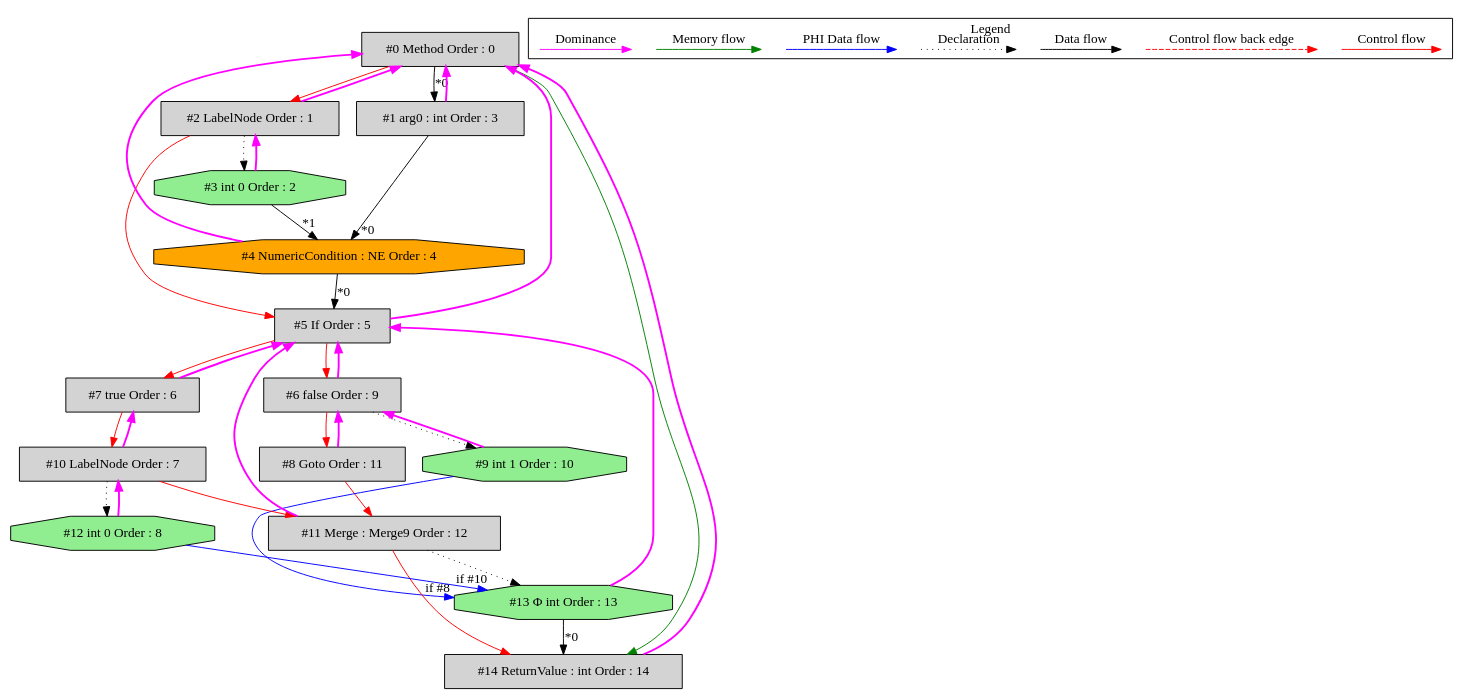
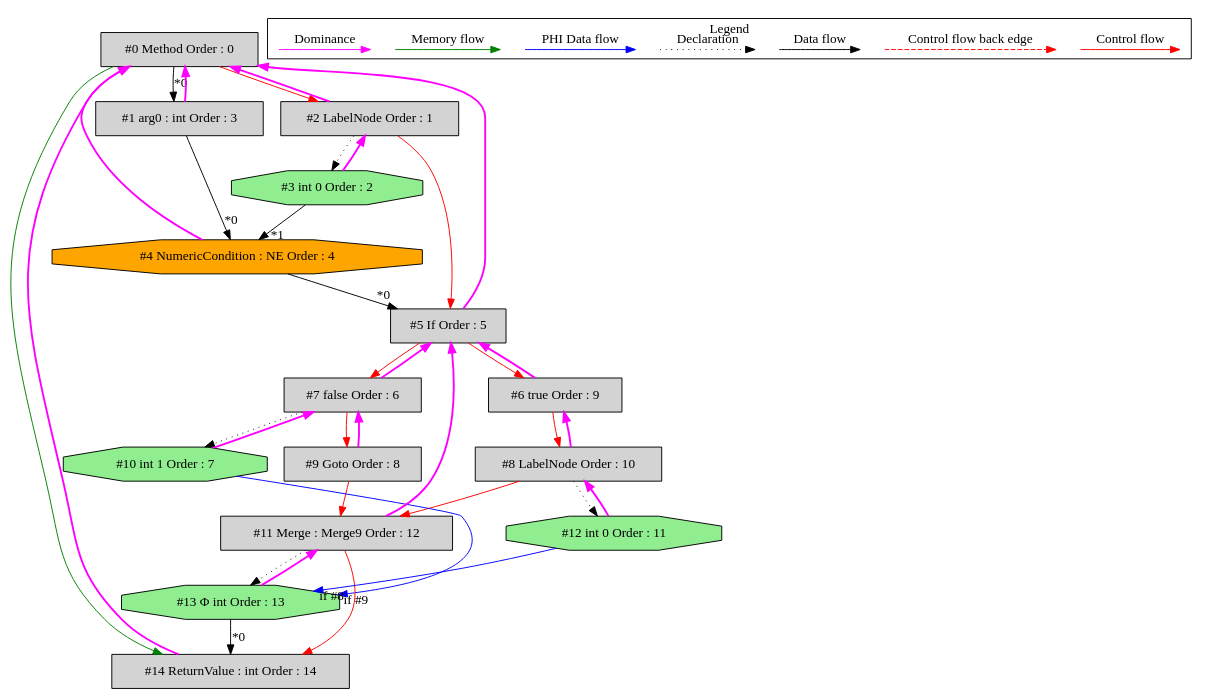
The diagram in de.mirkosertic.metair.ir.examples.MethodInvokeTest/staticReturnBoolean/ir_dominatortree.dot (mirkosertic/MetaIR), drawn with Graphviz before and after one commit. The commit also changed 1265 other files, not shown here.

```diff
--- a/de.mirkosertic.metair.ir.examples.MethodInvokeTest/staticReturnBoolean/ir_dominatortree.dot
+++ b/de.mirkosertic.metair.ir.examples.MethodInvokeTest/staticReturnBoolean/ir_dominatortree.dot
@@ -1,82 +1,82 @@
 digraph debugoutput {
  ordering="in";
  node0[label="#0 Method Order : 0",shape=box, fillcolor=lightgrey, style=filled];
  node1[label="#1 arg0 : int Order : 3",shape=box, fillcolor=lightgrey, style=filled];
  node1 -> node0[dir="forward" color="fuchsia" penwidth="2"];
  node0 -> node1[headlabel="*0", labeldistance=2];
  node2[label="#2 LabelNode Order : 1",shape=box, fillcolor=lightgrey, style=filled];
  node2 -> node0[dir="forward" color="fuchsia" penwidth="2"];
  node0 -> node2[labeldistance=2, color=red, fontcolor=red];
  node3[label="#3 int 0 Order : 2",shape=octagon, fillcolor=lightgreen, style=filled];
  node3 -> node2[dir="forward" color="fuchsia" penwidth="2"];
  node2 -> node3[style=dotted];
  node4[label="#4 NumericCondition : NE Order : 4",shape=octagon, fillcolor=orange, style=filled];
  node4 -> node0[dir="forward" color="fuchsia" penwidth="2"];
  node1 -> node4[headlabel="*0", labeldistance=2];
  node3 -> node4[headlabel="*1", labeldistance=2];
  node5[label="#5 If Order : 5",shape=box, fillcolor=lightgrey, style=filled];
  node5 -> node0[dir="forward" color="fuchsia" penwidth="2"];
  node4 -> node5[headlabel="*0", labeldistance=2];
  node2 -> node5[labeldistance=2, color=red, fontcolor=red];
- node6[label="#6 false Order : 9",shape=box, fillcolor=lightgrey, style=filled];
+ node6[label="#6 true Order : 9",shape=box, fillcolor=lightgrey, style=filled];
  node6 -> node5[dir="forward" color="fuchsia" penwidth="2"];
  node5 -> node6[labeldistance=2, color=red, fontcolor=red];
- node7[label="#7 true Order : 6",shape=box, fillcolor=lightgrey, style=filled];
+ node7[label="#7 false Order : 6",shape=box, fillcolor=lightgrey, style=filled];
  node7 -> node5[dir="forward" color="fuchsia" penwidth="2"];
  node5 -> node7[labeldistance=2, color=red, fontcolor=red];
- node8[label="#8 Goto Order : 11",shape=box, fillcolor=lightgrey, style=filled];
+ node8[label="#8 LabelNode Order : 10",shape=box, fillcolor=lightgrey, style=filled];
  node8 -> node6[dir="forward" color="fuchsia" penwidth="2"];
  node6 -> node8[labeldistance=2, color=red, fontcolor=red];
- node9[label="#9 int 1 Order : 10",shape=octagon, fillcolor=lightgreen, style=filled];
- node9 -> node6[dir="forward" color="fuchsia" penwidth="2"];
- node6 -> node9[style=dotted];
- node10[label="#10 LabelNode Order : 7",shape=box, fillcolor=lightgrey, style=filled];
+ node9[label="#9 Goto Order : 8",shape=box, fillcolor=lightgrey, style=filled];
+ node9 -> node7[dir="forward" color="fuchsia" penwidth="2"];
+ node7 -> node9[labeldistance=2, color=red, fontcolor=red];
+ node10[label="#10 int 1 Order : 7",shape=octagon, fillcolor=lightgreen, style=filled];
  node10 -> node7[dir="forward" color="fuchsia" penwidth="2"];
- node7 -> node10[labeldistance=2, color=red, fontcolor=red];
+ node7 -> node10[style=dotted];
  node11[label="#11 Merge : Merge9 Order : 12",shape=box, fillcolor=lightgrey, style=filled];
  node11 -> node5[dir="forward" color="fuchsia" penwidth="2"];
+ node9 -> node11[labeldistance=2, color=red, fontcolor=red];
  node8 -> node11[labeldistance=2, color=red, fontcolor=red];
- node10 -> node11[labeldistance=2, color=red, fontcolor=red];
- node12[label="#12 int 0 Order : 8",shape=octagon, fillcolor=lightgreen, style=filled];
- node12 -> node10[dir="forward" color="fuchsia" penwidth="2"];
- node10 -> node12[style=dotted];
+ node12[label="#12 int 0 Order : 11",shape=octagon, fillcolor=lightgreen, style=filled];
+ node12 -> node8[dir="forward" color="fuchsia" penwidth="2"];
+ node8 -> node12[style=dotted];
  node13[label="#13 Φ int Order : 13",shape=octagon, fillcolor=lightgreen, style=filled];
- node13 -> node5[dir="forward" color="fuchsia" penwidth="2"];
+ node13 -> node11[dir="forward" color="fuchsia" penwidth="2"];
  node11 -> node13[style=dotted];
- node9 -> node13[headlabel="if #8", labeldistance=2, color=blue, constraint=false];
- node12 -> node13[headlabel="if #10", labeldistance=2, color=blue, constraint=false];
+ node10 -> node13[headlabel="if #9", labeldistance=2, color=blue, constraint=false];
+ node12 -> node13[headlabel="if #8", labeldistance=2, color=blue, constraint=false];
  node14[label="#14 ReturnValue : int Order : 14",shape=box, fillcolor=lightgrey, style=filled];
  node14 -> node0[dir="forward" color="fuchsia" penwidth="2"];
  node13 -> node14[headlabel="*0", labeldistance=2];
  node11 -> node14[labeldistance=2, color=red, fontcolor=red];
  node0 -> node14[labeldistance=2, color=green, constraint=false];
  subgraph cluster_000 {
   label = "Legend";
   node [shape=point]
   {
    rank=same;
    c0 [style = invis];
    c1 [style = invis];
    c2 [style = invis];
    c3 [style = invis];
    d0 [style = invis];
    d1 [style = invis];
    d2 [style = invis];
    d3 [style = invis];
    d4 [style = invis];
    d5 [style = invis];
    d6 [style = invis];
    d7 [style = invis];
    d8 [style = invis];
    d9 [style = invis];
   }
   c0 -> c1 [label="Control flow", style=solid, color=red]
   c2 -> c3 [label="Control flow back edge", style=dashed, color=red]
   d0 -> d1 [label="Data flow"]
   d2 -> d3 [label="Declaration", style=dotted]
   d4 -> d5 [label="PHI Data flow", color=blue]
   d6 -> d7 [label="Memory flow", color=green]
   d8 -> d9 [label="Dominance", color=fuchsia, style=solid]
  }
 
 }
```
